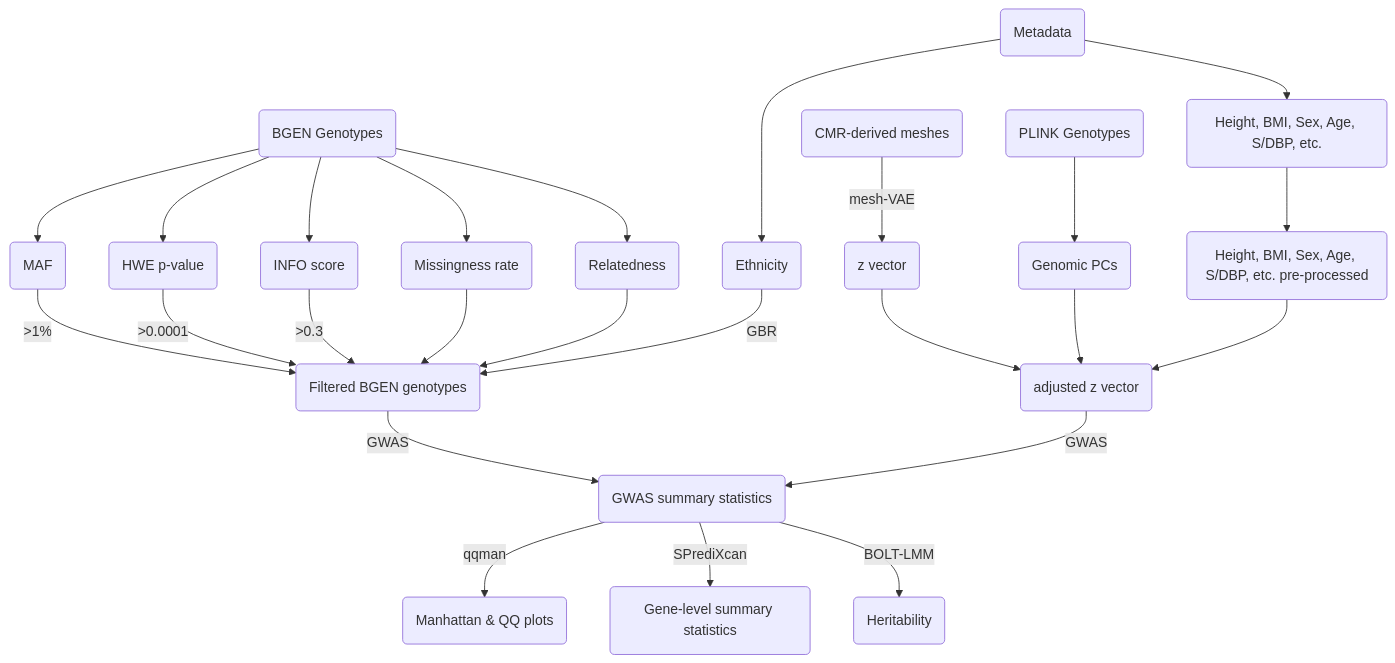
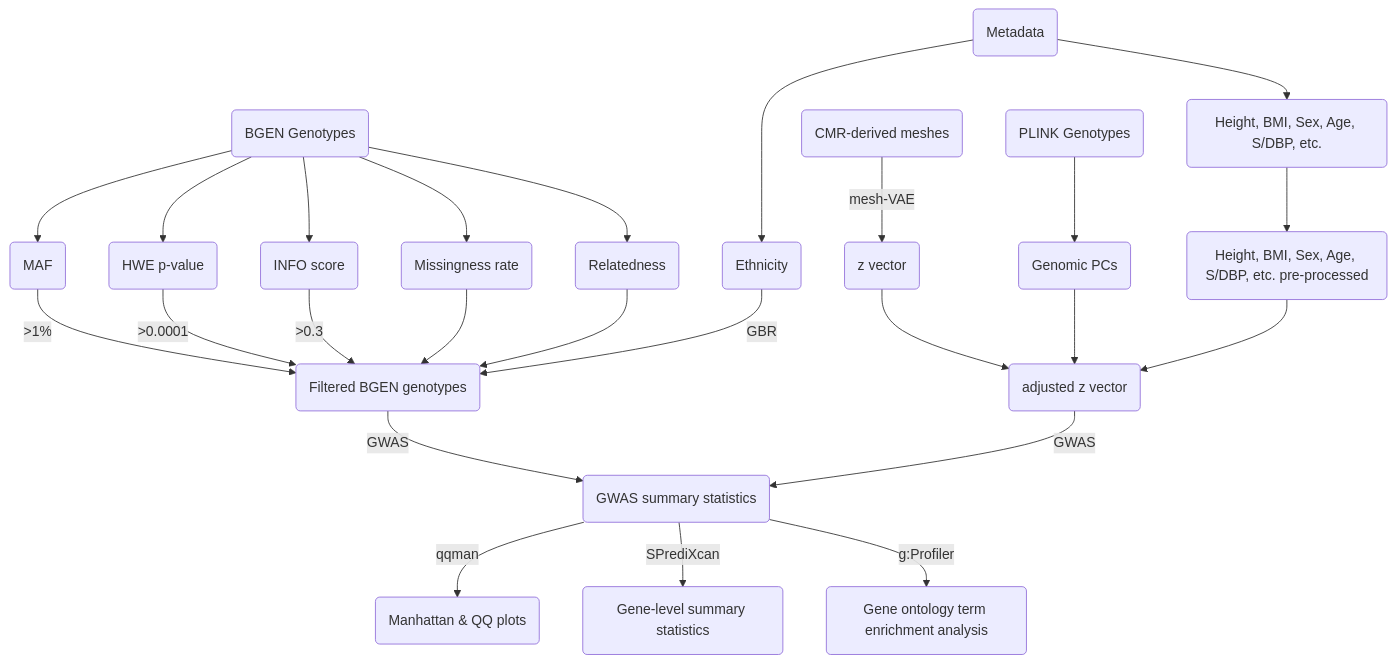
One commit to ccmim/CardiacUPE changed the diagram in README.md. Above: the diagram before and after it, drawn with Mermaid.

````diff
--- a/README.md
+++ b/README.md
@@ -21,64 +21,64 @@
 ```mermaid
 graph TD
 %% Top Node
 id1(BGEN Genotypes)
 id4(CMR-derived meshes)
 id3(Metadata)
 id2(PLINK Genotypes)
 
 
 %% Summary quantities
 id1.1(MAF)
 id1.2(HWE p-value)
 id1.3(INFO score)
 id1.4(Missingness rate)
 id1.5(Relatedness)
 
 %% Metadata items
 id3.1(Ethnicity)
 id3.2(Height, BMI, Sex, Age, S/DBP, etc.)
 
 id3.2.1(Height, BMI, Sex, Age, S/DBP, etc. pre-processed)
 
 %% Types Of Media
 id1.1.1(Filtered BGEN genotypes)
 
 id1 --> id1.1 & id1.2 & id1.3 & id1.4 & id1.5
 id1.1 -- >1% --> id1.1.1
 id1.2 -- >0.0001 --> id1.1.1
 id1.3 -- >0.3 --> id1.1.1
 id1.4 --> id1.1.1
 id1.5 -->  id1.1.1
 
 %% Genomic PCs
 id2.1(Genomic PCs)
 id2 --> id2.1
 
 %% 
 id3 -->  id3.1
 id3 -->  id3.2
 id3.1 -- GBR -->  id1.1.1
 
 %% z vector
 id4.1( z vector)
 id4.1.1( adjusted z vector)
 
 id3.2 --> id3.2.1
 id4 -- mesh-VAE --> id4.1
 id4.1 --> id4.1.1
 id2.1 --> id4.1.1
 id3.2.1 --> id4.1.1
 
 %% GWAS summary statistics
 id5(GWAS summary statistics)
 id1.1.1 -- GWAS --> id5
 id4.1.1 -- GWAS --> id5
 
 id5.1(Manhattan & QQ plots)
 id5.2(Gene-level summary statistics)
-id5.3(Heritability)
+id5.3(Gene ontology term enrichment analysis)
 
 id5 -- qqman --> id5.1
 id5 -- SPrediXcan --> id5.2
-id5 -- BOLT-LMM --> id5.3
+id5 -- g:Profiler --> id5.3
 ```
````
